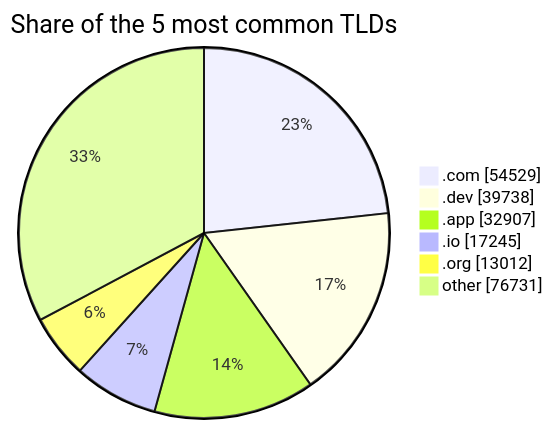
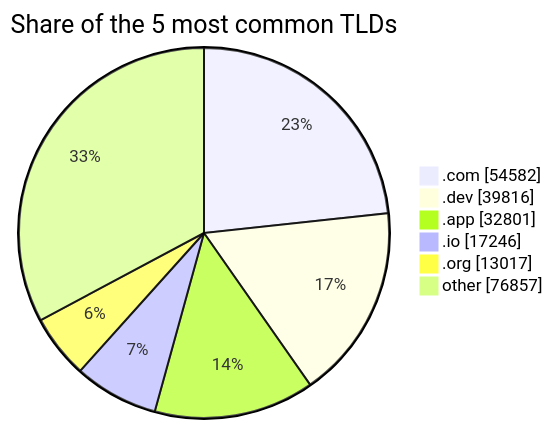
One commit to DNSBunker/CTI changed the second of 2 diagrams in README.md. Above: the diagram before and after it, drawn with Mermaid. The commit also changed other lines of this file and 3 other files, not shown here.

````diff
--- a/README.md
+++ b/README.md
@@ -72,9 +72,9 @@
 ```mermaid
 pie showData title Share of the 5 most common TLDs
-    ".com" : 54529
-    ".dev" : 39738
-    ".app" : 32907
-    ".io" : 17245
-    ".org" : 13012
-    "other" : 76731
+    ".com" : 54582
+    ".dev" : 39816
+    ".app" : 32801
+    ".io" : 17246
+    ".org" : 13017
+    "other" : 76857
 ```
````
